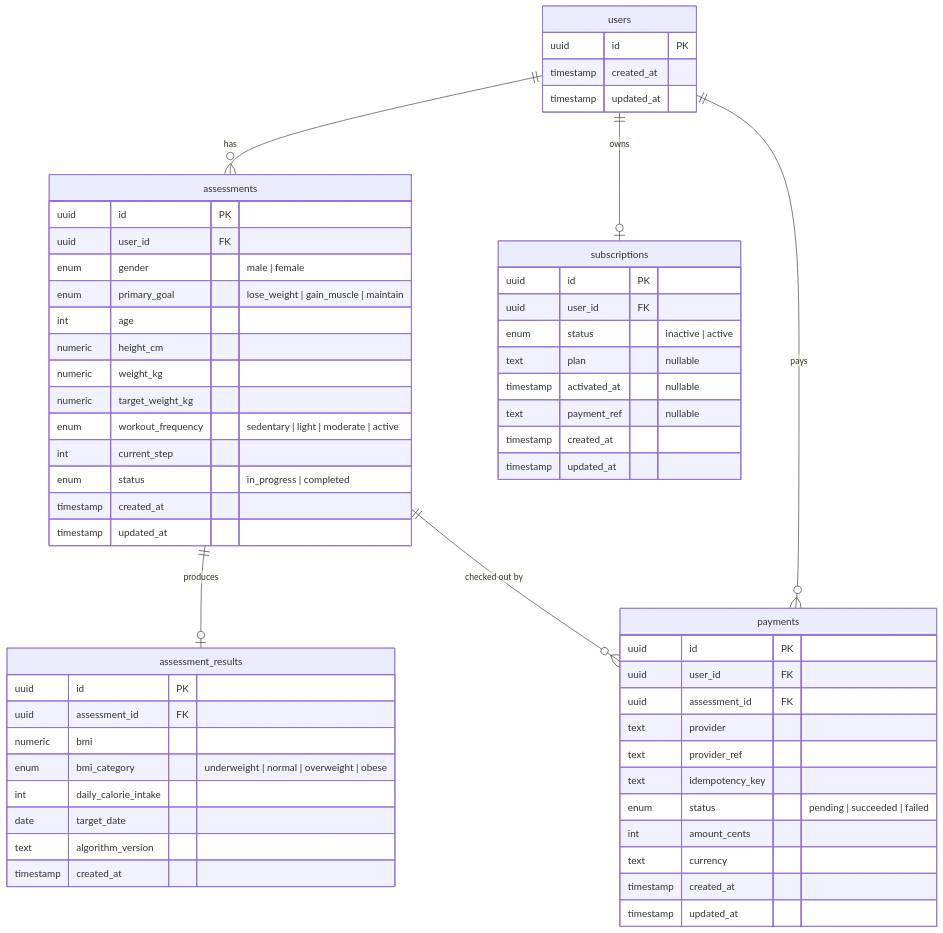
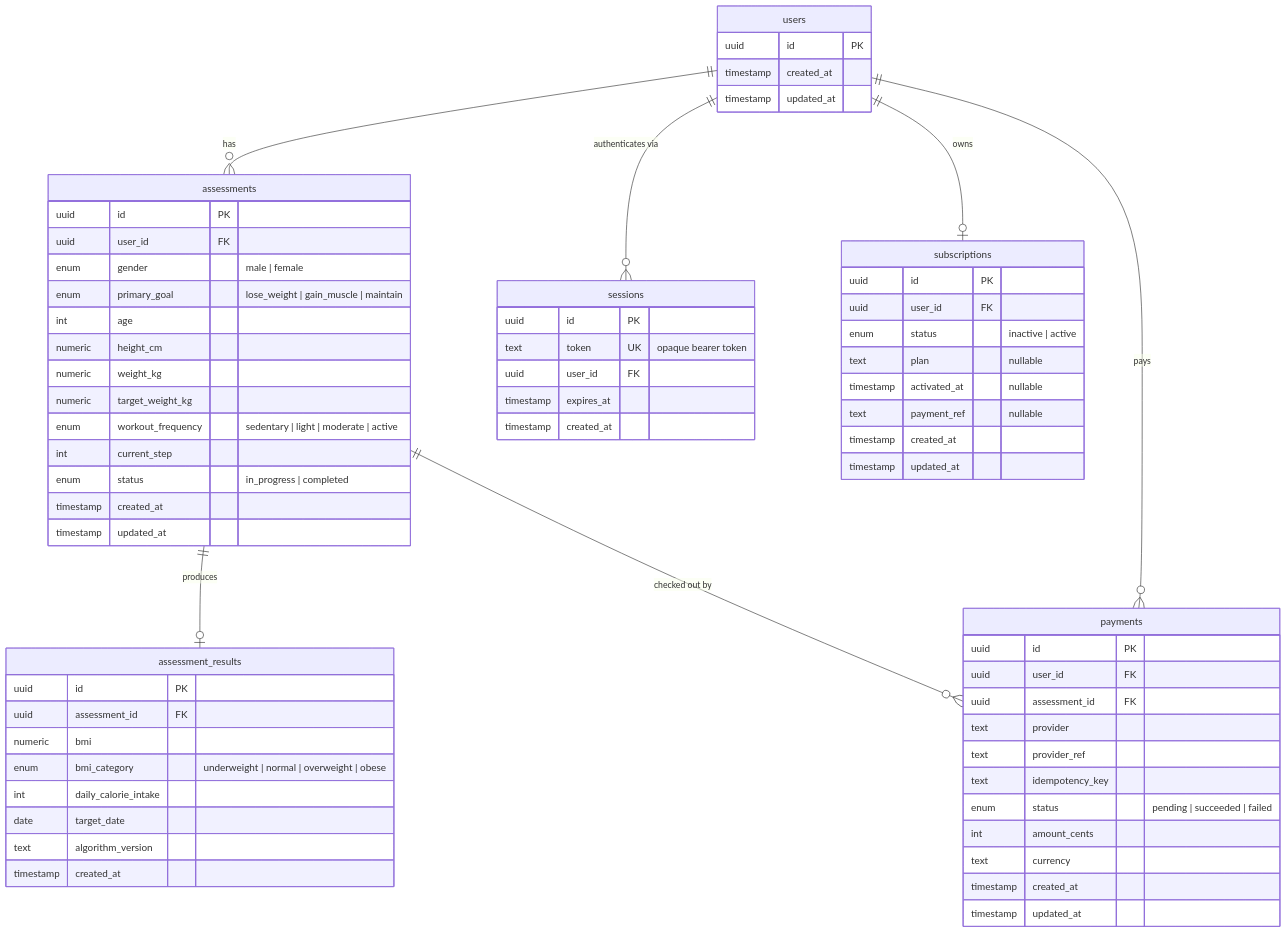
Before and after one commit to YH7916/BetterMe: the diagram in docs/db/schema.md, drawn with Mermaid. The commit also changed other lines of this file and 49 other files, not shown here.

````diff
--- a/docs/db/schema.md
+++ b/docs/db/schema.md
@@ -5,66 +5,75 @@
 ```mermaid
 erDiagram
     users {
         uuid id PK
         timestamp created_at
         timestamp updated_at
+    }
+
+    sessions {
+        uuid id PK
+        text token UK "opaque bearer token"
+        uuid user_id FK
+        timestamp expires_at
+        timestamp created_at
     }
 
     assessments {
         uuid id PK
         uuid user_id FK
         enum gender "male | female"
         enum primary_goal "lose_weight | gain_muscle | maintain"
         int age
         numeric height_cm
         numeric weight_kg
         numeric target_weight_kg
         enum workout_frequency "sedentary | light | moderate | active"
         int current_step
         enum status "in_progress | completed"
         timestamp created_at
         timestamp updated_at
     }
 
     assessment_results {
         uuid id PK
         uuid assessment_id FK
         numeric bmi
         enum bmi_category "underweight | normal | overweight | obese"
         int daily_calorie_intake
         date target_date
         text algorithm_version
         timestamp created_at
     }
 
     subscriptions {
         uuid id PK
         uuid user_id FK
         enum status "inactive | active"
         text plan "nullable"
         timestamp activated_at "nullable"
         text payment_ref "nullable"
         timestamp created_at
         timestamp updated_at
     }
 
     payments {
         uuid id PK
         uuid user_id FK
         uuid assessment_id FK
         text provider
         text provider_ref
         text idempotency_key
         enum status "pending | succeeded | failed"
         int amount_cents
         text currency
         timestamp created_at
         timestamp updated_at
     }
 
     users ||--o{ assessments : "has"
+    users ||--o{ sessions : "authenticates via"
     assessments ||--o| assessment_results : "produces"
     users ||--o| subscriptions : "owns"
     users ||--o{ payments : "pays"
     assessments ||--o{ payments : "checked out by"
 ```
````
